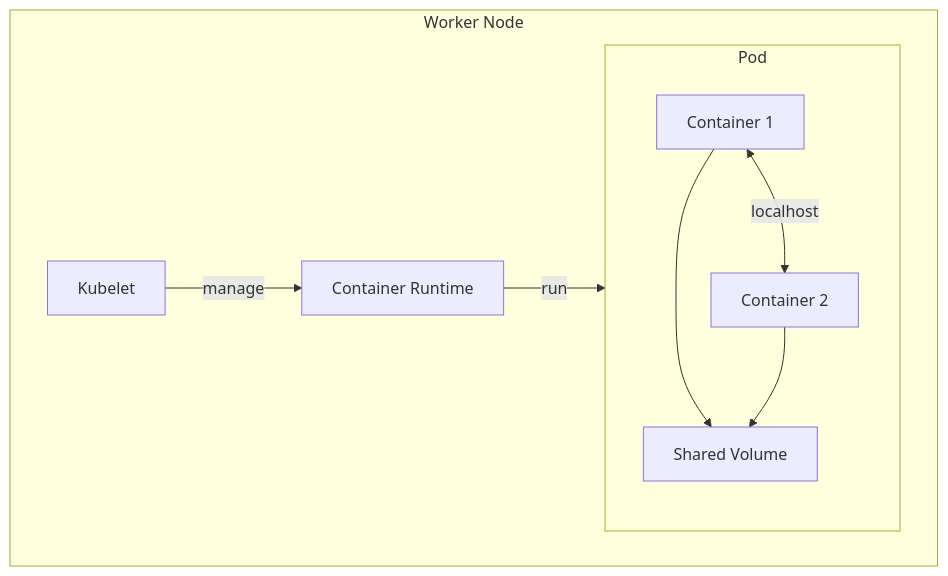
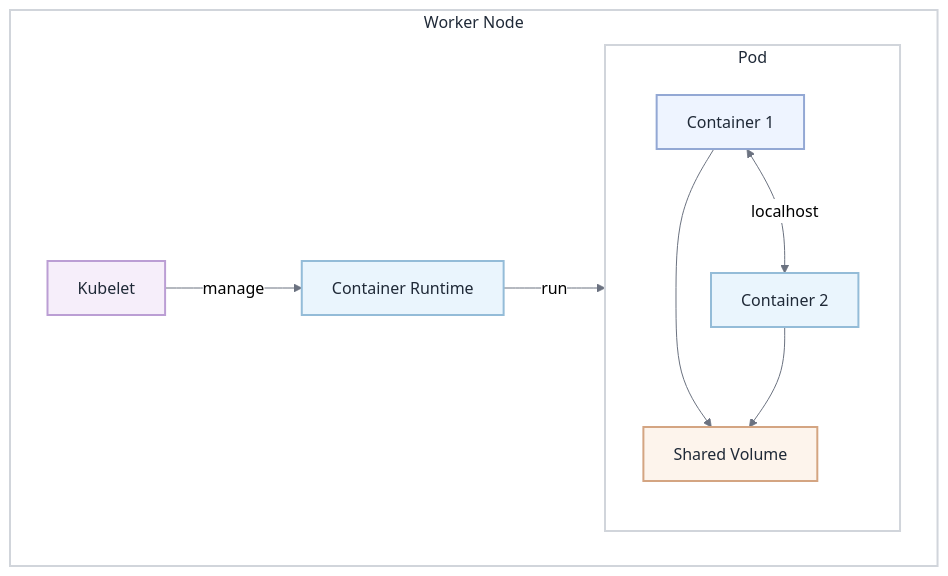
Before and after one commit to MishaSytch/middle_java_back: the third of 3 diagrams in docs/interview/docker-kubernetes.md, drawn with Mermaid. The commit also changed other lines of this file and 15 other files, not shown here.

````diff
--- a/docs/interview/docker-kubernetes.md
+++ b/docs/interview/docker-kubernetes.md
@@ -230,17 +271,32 @@
 ```mermaid
+%%{init: { 'theme': 'neutral', 'themeVariables': { 'primaryColor': '#ffffff', 'primaryTextColor': '#1f2937', 'lineColor': '#6b7280', 'primaryBorderColor': '#d1d5db', 'secondaryColor': '#f3f4f6', 'tertiaryColor': '#e5e7eb' } } }%%
 graph TB
     subgraph Node[Worker Node]
         Kubelet[Kubelet]
         Runtime[Container Runtime]
         subgraph Pod[Pod]
             C1[Container 1]
             C2[Container 2]
             Vol[Shared Volume]
             C1 <-->|localhost| C2
             C1 --> Vol
             C2 --> Vol
         end
         Kubelet -->|manage| Runtime
         Runtime -->|run| Pod
     end
+    classDef n0 fill:#eef4ff,stroke:#93a8d4,stroke-width:2px,color:#1f2937
+    classDef n1 fill:#eaf5fd,stroke:#94bcd8,stroke-width:2px,color:#1f2937
+    classDef n2 fill:#ffffff,stroke:#d1d5db,stroke-width:2px,color:#1f2937
+    classDef n3 fill:#f6eefa,stroke:#bb9ed4,stroke-width:2px,color:#1f2937
+    classDef n4 fill:#fdeef0,stroke:#d49a9c,stroke-width:2px,color:#1f2937
+    classDef n5 fill:#f0f9ef,stroke:#9dc49a,stroke-width:2px,color:#1f2937
+    classDef n6 fill:#fdf4ec,stroke:#d4a582,stroke-width:2px,color:#1f2937
+    class C1 n0
+    class C2 n1
+    class Kubelet n3
+    class Node n2
+    class Pod n2
+    class Runtime n1
+    class Vol n6
 ```
````
